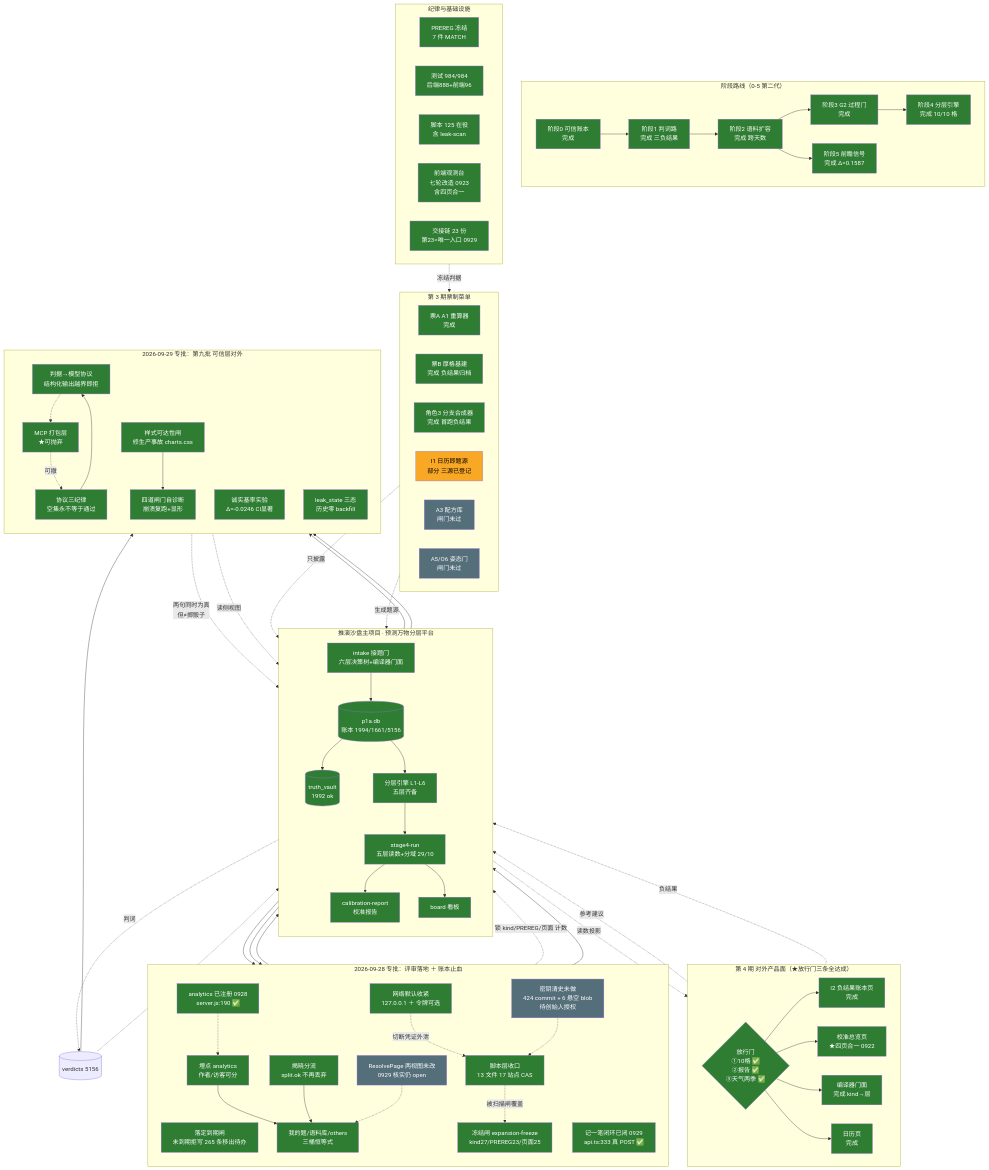
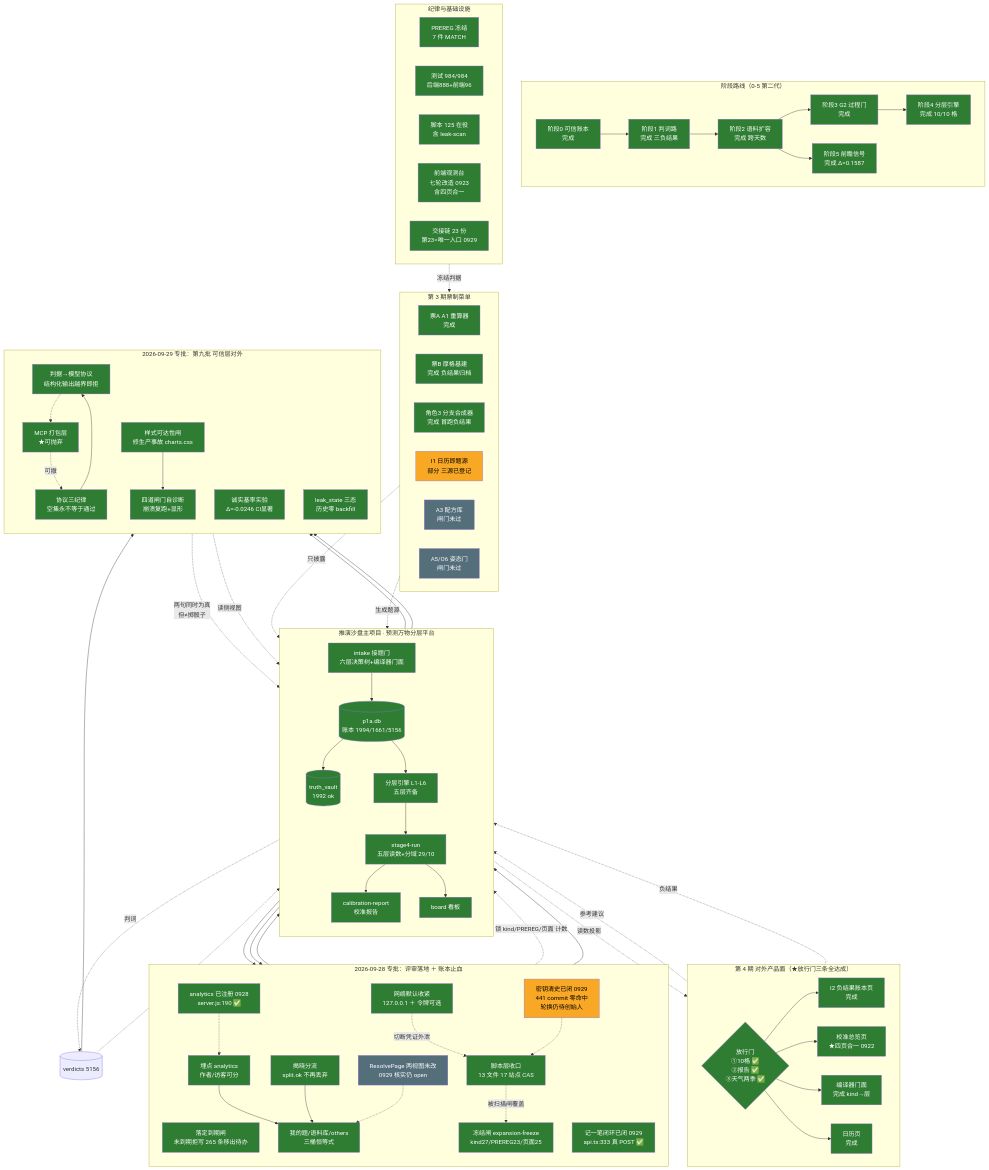
One commit to rui08984-dot/tuiyan-sandbox changed the diagram in architecture.mmd. Above: the diagram before and after it, drawn with Mermaid. The commit also changed 78 other files, not shown here.

```diff
--- a/architecture.mmd
+++ b/architecture.mmd
@@ -1,126 +1,126 @@
 flowchart TB
     subgraph MAIN["推演沙盘主项目 · 预测万物分层平台"]
         direction TB
         LEDGER[("p1a.db<br/>账本 1994/1661/5156")]
         VAULT[("truth_vault<br/>1992 ok")]
         INTAKE["intake 接题门<br/>六层决策树+编译器门面"]
         ENGINES["分层引擎 L1-L6<br/>五层齐备"]
         STAGE4["stage4-run<br/>五层读数+分域 29/10"]
         CAL["calibration-report<br/>校准报告"]
         BOARD["board 看板"]
         LEDGER --> VAULT
         LEDGER --> ENGINES
         INTAKE --> LEDGER
         ENGINES --> STAGE4
         STAGE4 --> CAL
         STAGE4 --> BOARD
     end
 
     subgraph PHASE["阶段路线（0-5 第二代）"]
         direction LR
         P0["阶段0 可信账本<br/>完成"]
         P1["阶段1 判词路<br/>完成 三负结果"]
         P2["阶段2 语料扩容<br/>完成 跨天数"]
         P3["阶段3 G2 过程门<br/>完成"]
         P4["阶段4 分层引擎<br/>完成 10/10 格"]
         P5["阶段5 前瞻信号<br/>完成 Δ=0.1587"]
         P0 --> P1 --> P2 --> P3 --> P4
         P2 --> P5
     end
 
     subgraph TICKET["第 3 期票制菜单"]
         direction LR
         A1["票A A1 重算器<br/>完成"]
         TB["票B 厚格基建<br/>完成 负结果归档"]
         R3["角色3 分支合成器<br/>完成 首跑负结果"]
         I1["I1 日历即题源<br/>部分 三源已登记"]
         A3["A3 配方库<br/>闸门未过"]
         A5["A5/O6 姿态门<br/>闸门未过"]
     end
 
     subgraph P4F["第 4 期 对外产品面（★放行门三条全达成）"]
         direction LR
         GATE{"放行门<br/>①10格 ✅<br/>②报告 ✅<br/>③天气两季 ✅"}
         F1["I2 负结果账本页<br/>完成"]
         F5["校准总览页<br/>★四页合一 0922"]
         F4["编译器门面<br/>完成 kind→层"]
         F6["日历页<br/>完成"]
         GATE --> F1
         GATE --> F5
         GATE --> F4
         GATE --> F6
     end
 
     subgraph INFRA["纪律与基础设施"]
         direction LR
         PREREG["PREREG 冻结<br/>7 件 MATCH"]
         TEST["测试 984/984<br/>后端888+前端96"]
         SCRIPTS["脚本 125 在役<br/>含 leak-scan"]
         UI["前端观测台<br/>七轮改造 0923<br/>含四页合一"]
         HANDOFF["交接链 23 份<br/>第23=唯一入口 0929"]
     end
 
     ENGINES -.->|"判词"| VERD[("verdicts 5156")]
     VERD -.-> STAGE4
     PREREG -.->|"冻结判据"| R3
     R3 -.->|"只披露"| BOARD
     I1 -.->|"生成题源"| INTAKE
     STAGE4 -.->|"读数投影"| GATE
     F4 -.->|"参考建议"| INTAKE
     F1 -.->|"负结果"| BOARD
 
     subgraph D928["2026-09-28 专批：评审落地 ＋ 账本止血"]
         direction TB
         GUARD["落定到期闸<br/>未到期拒写 265 条移出待办"]
         EXPIRE["揭晓分流<br/>split.ok 不再丢弃"]
         FROZE["冻结闸 expansion-freeze<br/>kind27/PREREG23/页面25"]
         SCRIPTG["脚本层收口<br/>13 文件 17 站点 CAS"]
         SECURE["网络默认收紧<br/>127.0.0.1 ＋ 令牌可选"]
         TLM["埋点 analytics<br/>作者/访客可分"]
         VIEWS["我的题/语料库/others<br/>三桶恒等式"]
-        HOLE1["密钥清史未做<br/>424 commit + 6 悬空 blob<br/>待创始人授权"]
+        HOLE1["密钥清史已闭 0929<br/>441 commit 零命中<br/>轮换仍待创始人"]
         HOLE2["analytics 已注册 0928<br/>server.js:190 ✅"]
         HOLE3["记一笔闭环已闭 0929<br/>api.ts:333 真 POST ✅"]
         HOLE4["ResolvePage 两视图未改<br/>0929 核实仍 open"]
     end
 
     LEDGER --> GUARD
     INTAKE --> EXPIRE
     SCRIPTG --> LEDGER
     SECURE -.->|"切断凭证外泄"| SCRIPTG
     TLM --> VIEWS
     EXPIRE --> VIEWS
     FROZE -.->|"锁 kind/PREREG/页面 计数"| INTAKE
     SCRIPTG -.->|"被扫描闸覆盖"| FROZE
     HOLE1 -.-> SCRIPTG
     HOLE2 -.-> TLM
     HOLE3 --> INTAKE
     HOLE4 -.-> VIEWS
 
     subgraph D929["2026-09-29 专批：第九批 可信层对外"]
         direction TB
         REACH["样式可达性闸<br/>修生产事故 charts.css"]
         GATE9["四道闸门自诊断<br/>崩溃复跑+显形"]
         BR["诚实基率实验<br/>Δ=-0.0246 CI显著"]
         LEAKSTATE["leak_state 三态<br/>历史零 backfill"]
         PROTO["判据→模型协议<br/>结构化输出越界即拒"]
         MCPL["MCP 打包层<br/>★可抛弃"]
         BR -.->|"两句同时为真<br/>但≠掷骰子"| BOARD
         LEAKSTATE -.->|"读侧视图"| BOARD
         PROTO -.-> MCPL
         MCPL -.->|"可撤"| PROTOCOL["协议三纪律<br/>空集永不等于通过"]
     end
 
     INTAKE --> REACH
     REACH --> GATE9
     ENGINES --> BR
     VERD --> LEAKSTATE
     PROTOCOL --> PROTO
 
     classDef done fill:#2e7d32,color:#fff
     classDef doing fill:#f9a825,color:#000
     classDef notstarted fill:#546e7a,color:#fff
 
     class P0,P1,P2,P3,P4,P5,A1,TB,R3,LEDGER,VAULT,INTAKE,ENGINES,STAGE4,CAL,BOARD,PREREG,TEST,SCRIPTS,UI,HANDOFF,GATE,F1,F4,F5,F6,GUARD,EXPIRE,FROZE,SCRIPTG,SECURE,TLM,VIEWS,REACH,GATE9,BR,LEAKSTATE,PROTO,MCPL,PROTOCOL,HOLE2,HOLE3 done
-    class I1 doing
-    class A3,A5,HOLE1,HOLE4 notstarted
+    class I1,HOLE1 doing
+    class A3,A5,HOLE4 notstarted
```
